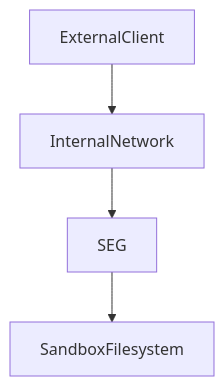
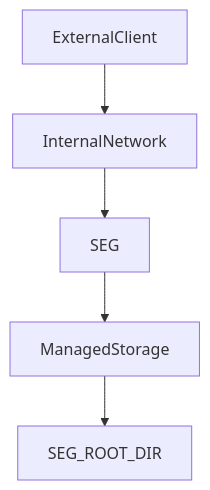
The first of 2 diagrams in docs/THREAT_MODEL.md (Libertocrat/seg), drawn with Mermaid before and after one commit. The commit also changed other lines of this file and 9 other files, not shown here.

````diff
--- a/docs/THREAT_MODEL.md
+++ b/docs/THREAT_MODEL.md
@@ -70,6 +70,7 @@
 ```mermaid
 flowchart TD
 ExternalClient --> InternalNetwork
 InternalNetwork --> SEG
-SEG --> SandboxFilesystem
+SEG --> ManagedStorage
+ManagedStorage --> SEGRootDir[SEG_ROOT_DIR]
 ```
````
